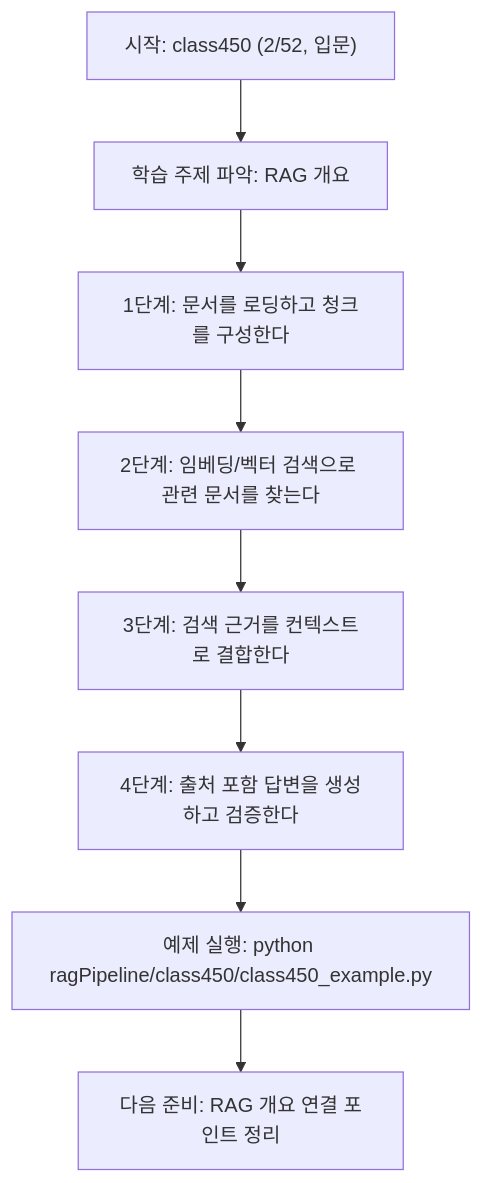
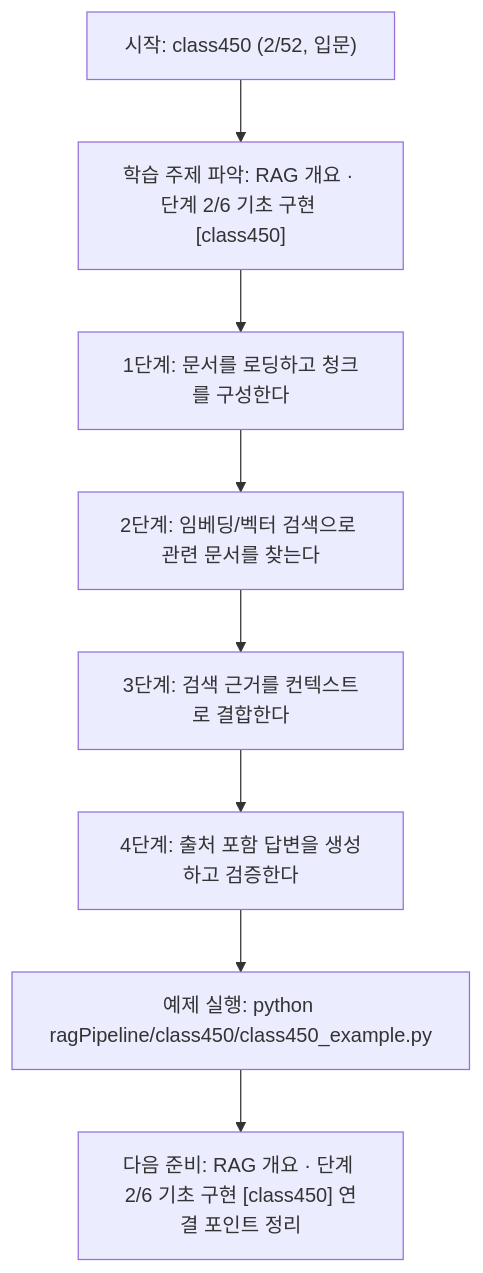
Before and after one commit to edumgt/Python-AI_Agent-Class: the diagram in ragPipeline/class450/class450.md, drawn with Mermaid. The commit also changed other lines of this file and 522 other files, not shown here.

````diff
--- a/ragPipeline/class450/class450.md
+++ b/ragPipeline/class450/class450.md
@@ -109,18 +110,18 @@
 ```mermaid
 flowchart TD
 N1["시작: class450 (2/52, 입문)"]
-N2["학습 주제 파악: RAG 개요"]
+N2["학습 주제 파악: RAG 개요 · 단계 2/6 기초 구현 [class450]"]
 N3["1단계: 문서를 로딩하고 청크를 구성한다"]
 N4["2단계: 임베딩/벡터 검색으로 관련 문서를 찾는다"]
 N5["3단계: 검색 근거를 컨텍스트로 결합한다"]
 N6["4단계: 출처 포함 답변을 생성하고 검증한다"]
 N7["예제 실행: python ragPipeline/class450/class450_example.py"]
-N8["다음 준비: RAG 개요 연결 포인트 정리"]
+N8["다음 준비: RAG 개요 · 단계 2/6 기초 구현 [class450] 연결 포인트 정리"]
 N1 --> N2
 N2 --> N3
 N3 --> N4
 N4 --> N5
 N5 --> N6
 N6 --> N7
 N7 --> N8
 ```
````
